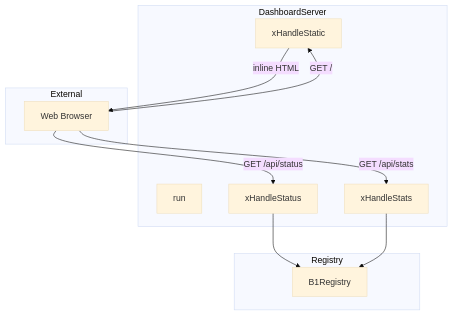
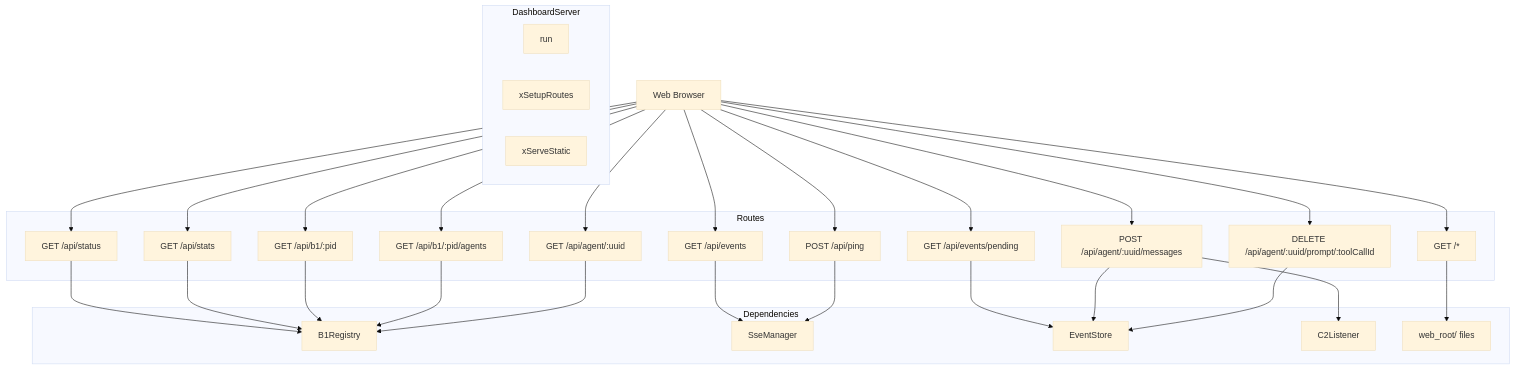
One commit to opensassi/a0 changed the first of 4 diagrams in src/c2/dashboard_server.spec.md. Above: the diagram before and after it, drawn with Mermaid (base theme). The commit also changed other lines of this file and 71 other files, not shown here.

Commit message:
2026-05-30-c2-web-ui-sse-187c814dbffe7QiQREe2OBfkpi

````diff
--- a/src/c2/dashboard_server.spec.md
+++ b/src/c2/dashboard_server.spec.md
@@ -42,24 +53,55 @@
 ```mermaid
 graph TB
     subgraph DashboardServer
         RUN[run]
-        STATUS[xHandleStatus]
-        STATS[xHandleStats]
-        STATIC[xHandleStatic]
+        SETUP[xSetupRoutes]
+        STATIC[xServeStatic]
     end
 
-    subgraph Registry
-        REG[B1Registry]
+    subgraph Routes
+        STATUS[GET /api/status]
+        STATS[GET /api/stats]
+        SSE[GET /api/events]
+        PENDING[GET /api/events/pending]
+        B1[GET /api/b1/:pid]
+        B1AGENTS[GET /api/b1/:pid/agents]
+        AGENT[GET /api/agent/:uuid]
+        MSGS[POST /api/agent/:uuid/messages]
+        DISMISS[DELETE /api/agent/:uuid/prompt/:toolCallId]
+        PING[POST /api/ping]
+        STATIC_FILES[GET /*]
     end
 
-    subgraph External
-        BROWSER[Web Browser]
+    subgraph Dependencies
+        REG[B1Registry]
+        SSE_MGR[SseManager]
+        EVENTS[EventStore]
+        LISTENER[C2Listener]
+        FS[web_root/ files]
     end
 
-    BROWSER -->|GET /api/status| STATUS
-    BROWSER -->|GET /api/stats| STATS
-    BROWSER -->|GET /| STATIC
+    BROWSER[Web Browser] --> STATUS
+    BROWSER --> STATS
+    BROWSER --> SSE
+    BROWSER --> PENDING
+    BROWSER --> B1
+    BROWSER --> B1AGENTS
+    BROWSER --> AGENT
+    BROWSER --> MSGS
+    BROWSER --> DISMISS
+    BROWSER --> PING
+    BROWSER --> STATIC_FILES
+
     STATUS --> REG
     STATS --> REG
-    STATIC -->|inline HTML| BROWSER
+    B1 --> REG
+    B1AGENTS --> REG
+    AGENT --> REG
+    SSE --> SSE_MGR
+    PENDING --> EVENTS
+    MSGS --> EVENTS
+    MSGS --> LISTENER
+    DISMISS --> EVENTS
+    STATIC_FILES --> FS
+    PING --> SSE_MGR
 ```
````
